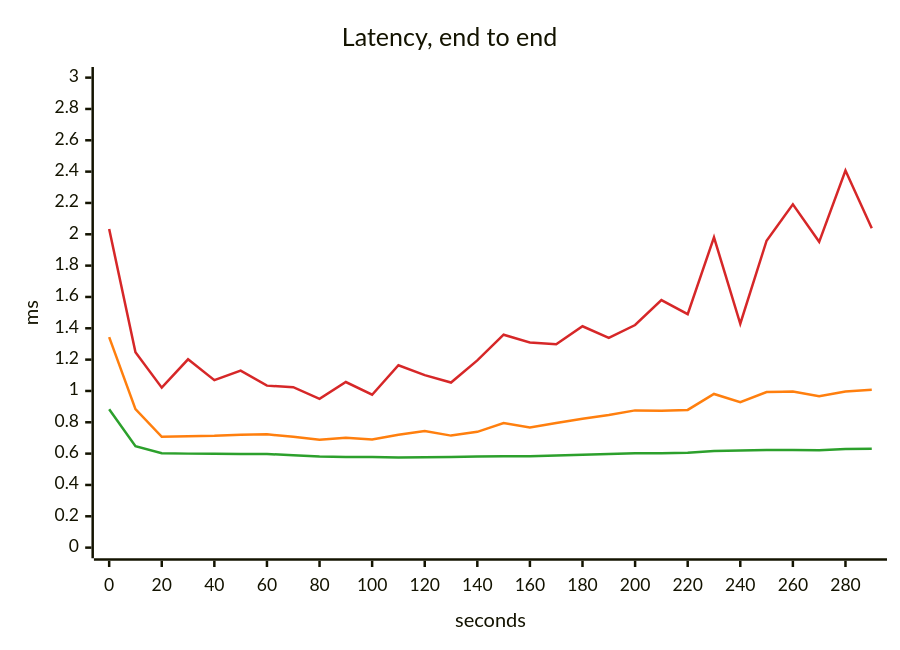
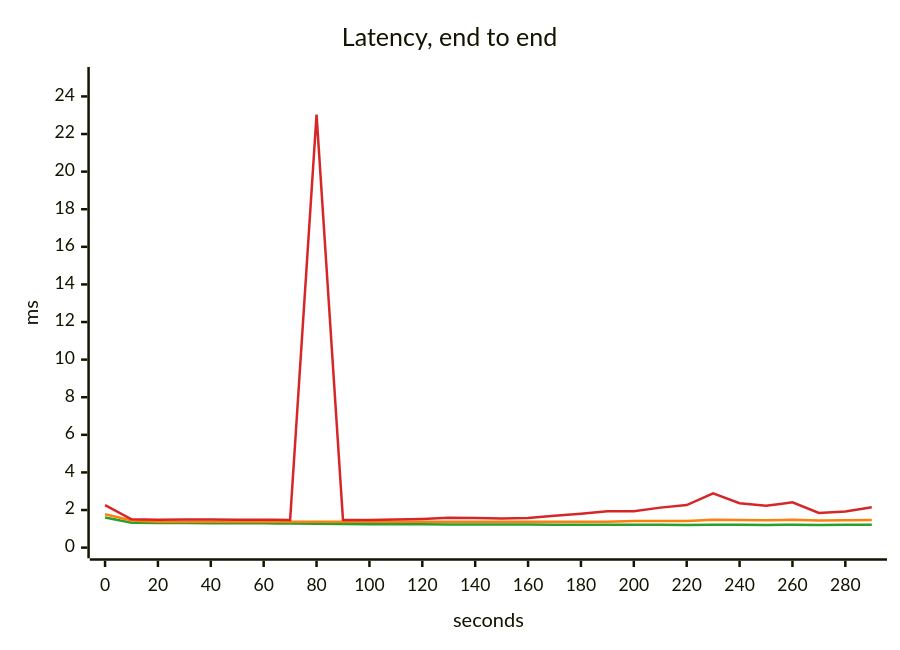
One commit to akinfemi/load-lore changed the third of 5 diagrams in scenarios/live-vote/solutions/redis-tally/report.md. Above: the diagram before and after it, drawn with Mermaid. The commit also changed other lines of this file and 71 other files, not shown here.

````diff
--- a/scenarios/live-vote/solutions/redis-tally/report.md
+++ b/scenarios/live-vote/solutions/redis-tally/report.md
@@ -57,16 +57,16 @@
 ```mermaid
 ---
 config:
   themeVariables:
     xyChart:
       backgroundColor: "transparent"
       plotColorPalette: "#2ca02c, #ff7f0e, #d62728"
 ---
 xychart-beta
     title "Latency, end to end"
     x-axis "seconds" 0 --> 290
-    y-axis "ms" 0 --> 3
-    line [0.883, 0.647, 0.602, 0.6, 0.599, 0.597, 0.598, 0.589, 0.581, 0.579, 0.578, 0.576, 0.577, 0.578, 0.581, 0.584, 0.584, 0.588, 0.593, 0.598, 0.603, 0.602, 0.605, 0.616, 0.62, 0.623, 0.623, 0.622, 0.629, 0.631]
-    line [1.344, 0.884, 0.707, 0.711, 0.714, 0.721, 0.723, 0.707, 0.688, 0.702, 0.69, 0.721, 0.745, 0.715, 0.739, 0.795, 0.767, 0.796, 0.822, 0.847, 0.876, 0.874, 0.879, 0.981, 0.929, 0.993, 0.996, 0.966, 0.997, 1.007]
-    line [2.034, 1.247, 1.021, 1.202, 1.069, 1.13, 1.034, 1.024, 0.95, 1.057, 0.976, 1.164, 1.101, 1.054, 1.195, 1.359, 1.309, 1.298, 1.413, 1.339, 1.421, 1.58, 1.49, 1.981, 1.429, 1.959, 2.191, 1.952, 2.407, 2.039]
+    y-axis "ms" 0 --> 25
+    line [1.602, 1.32, 1.308, 1.304, 1.297, 1.295, 1.29, 1.282, 1.273, 1.258, 1.25, 1.239, 1.237, 1.234, 1.234, 1.227, 1.224, 1.222, 1.221, 1.218, 1.216, 1.213, 1.21, 1.212, 1.211, 1.21, 1.212, 1.21, 1.211, 1.212]
+    line [1.775, 1.441, 1.38, 1.38, 1.379, 1.378, 1.378, 1.375, 1.378, 1.373, 1.373, 1.373, 1.373, 1.374, 1.376, 1.373, 1.376, 1.377, 1.38, 1.383, 1.411, 1.413, 1.418, 1.488, 1.469, 1.458, 1.483, 1.442, 1.45, 1.476]
+    line [2.264, 1.504, 1.484, 1.49, 1.492, 1.485, 1.486, 1.469, 23.04, 1.466, 1.476, 1.498, 1.529, 1.584, 1.581, 1.549, 1.582, 1.692, 1.806, 1.94, 1.934, 2.128, 2.264, 2.887, 2.36, 2.227, 2.411, 1.845, 1.919, 2.149]
 ```
````
